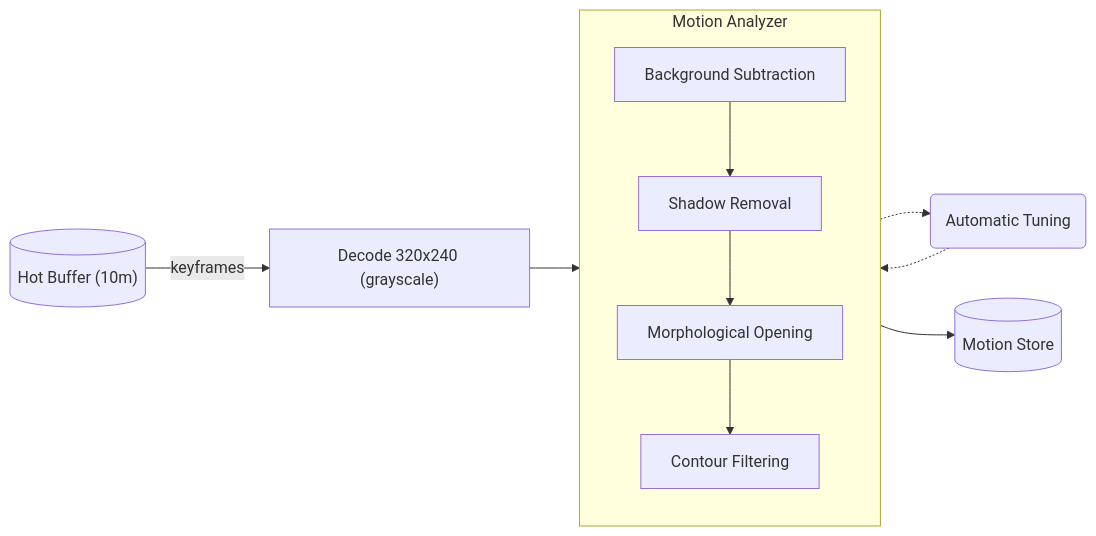
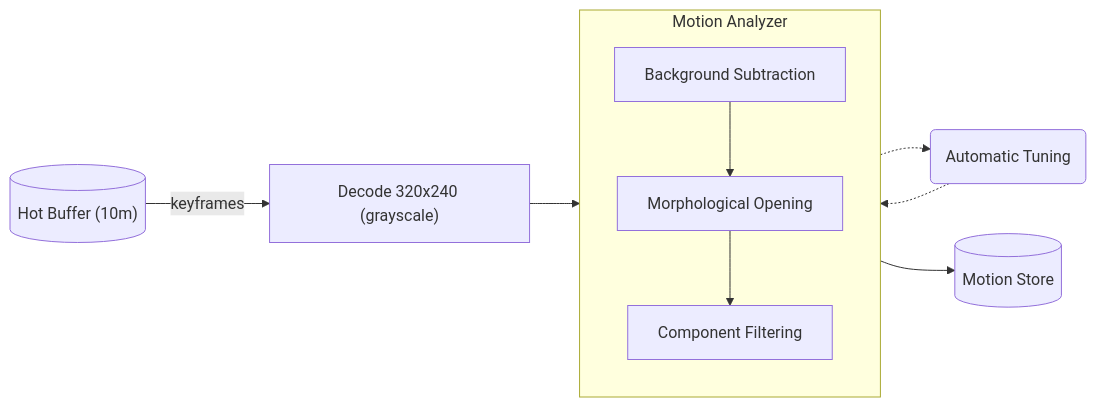
The third of 5 diagrams in README.md (nsg/camon), drawn with Mermaid before and after one commit. The commit also changed other lines of this file and 11 other files, not shown here.

````diff
--- a/README.md
+++ b/README.md
@@ -36,10 +36,10 @@
 ```mermaid
 flowchart LR
   HotBuffer[("Hot Buffer (10m)")] -->|keyframes| Decode["Decode 320x240 (grayscale)"] --> MA
   MA -.-> AutomaticTuning("Automatic Tuning") -.-> MA
   MA --> MS[("Motion Store")]
 
 subgraph MA["Motion Analyzer"]
-   MOG2["Background Subtraction"] --> Shadow["Shadow Removal"] --> Morph["Morphological Opening"] --> Contour["Contour Filtering"]
+   MOG2["Background Subtraction"] --> Morph["Morphological Opening"] --> Components["Component Filtering"]
 end
 ```
````
